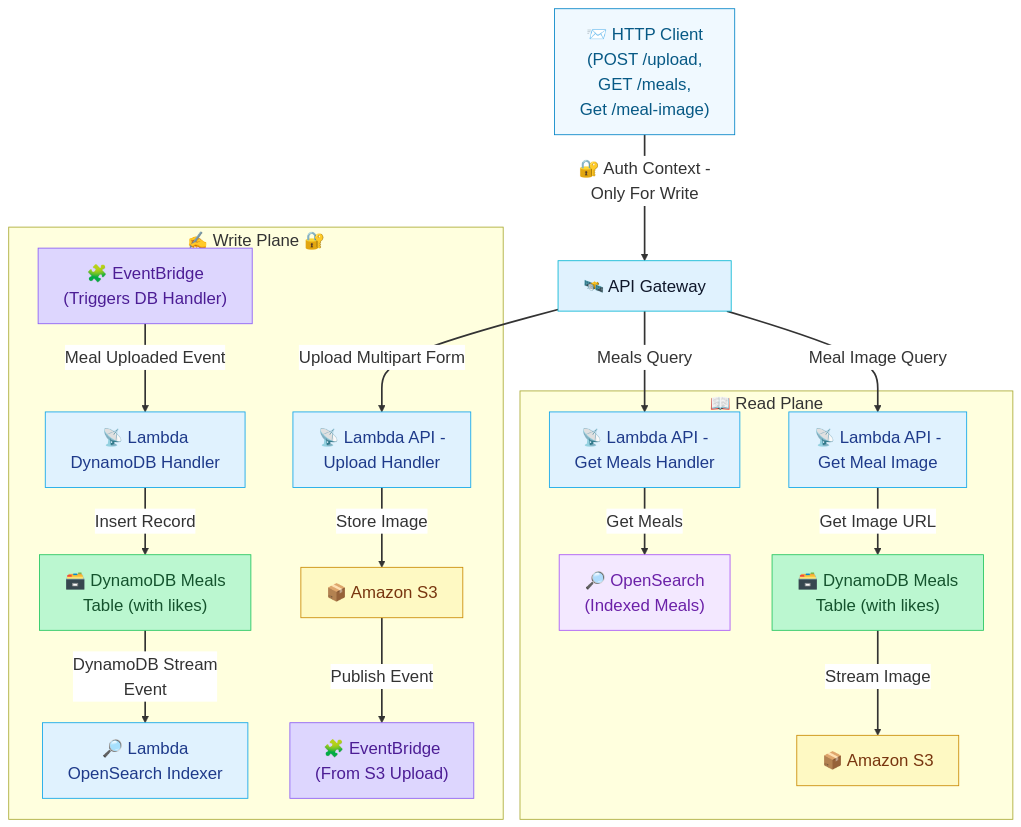
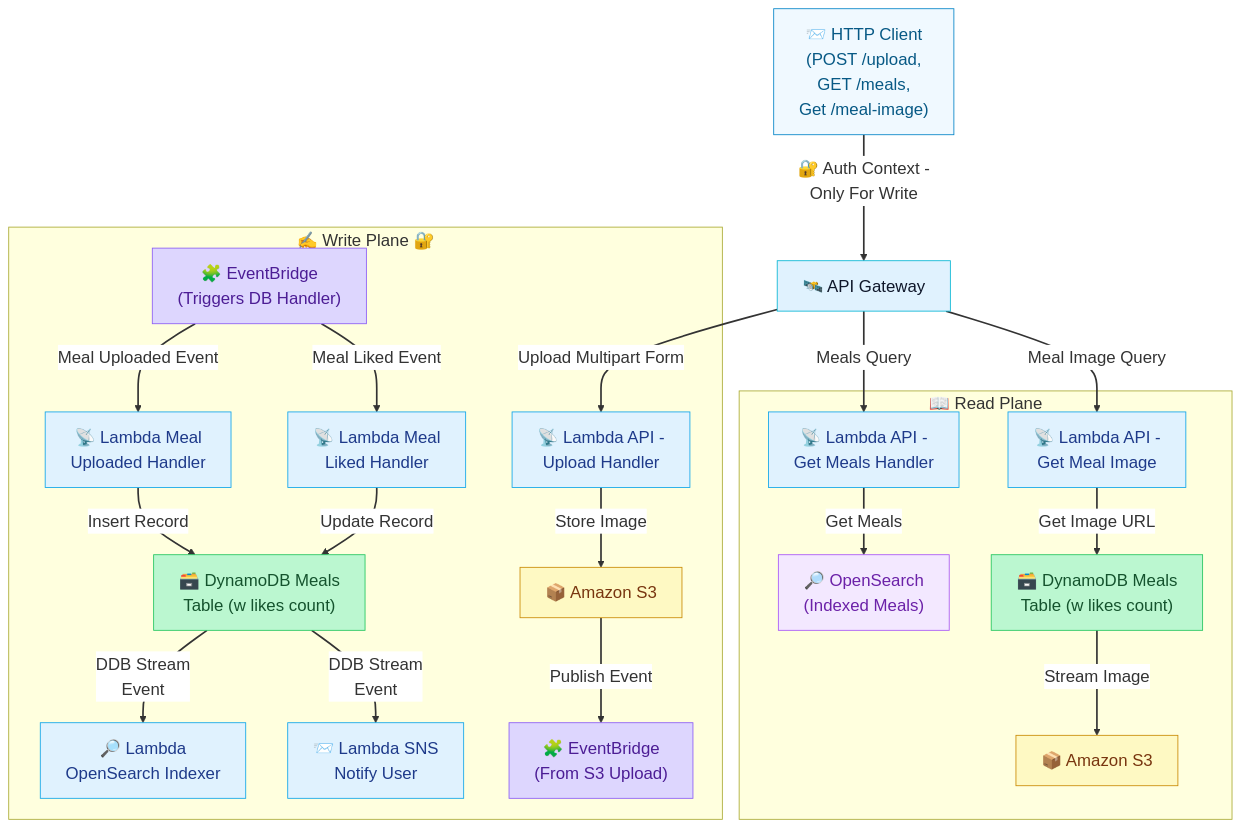
One commit to Venkat-Gorla/smartmeal-serverless changed the diagram in services/docs/write_plane.mmd. Above: the diagram before and after it, drawn with Mermaid.

Commit message:
[mermaid] meal liked event handling flow included in write plane

```diff
--- a/services/docs/write_plane.mmd
+++ b/services/docs/write_plane.mmd
@@ -1,53 +1,59 @@
 %%{init: {"theme": "default", "themeVariables": { "fontSize": "20px", "primaryColor": "#E0F2FE", "edgeLabelBackground":"#ffffff"}}}%%
 flowchart TD
 
   A["📨 HTTP Client<br/>(POST /upload,<br/>GET /meals,<br/>Get /meal-image)"]:::client
   Y["🛰️ API Gateway"]:::apigw
 
   %% Write Plane
   subgraph WRITE["✍️ Write Plane 🔐"]
     B["📡 Lambda API -<br/>Upload Handler"]:::lambda
     C["📦 Amazon S3"]:::s3
     D["🧩 EventBridge<br/>(From S3 Upload)"]:::event
     E["🧩 EventBridge<br/>(Triggers DB Handler)"]:::event
-    F["📡 Lambda<br/>DynamoDB Handler"]:::lambda
-    G["🗃️ DynamoDB Meals<br/>Table (with likes)"]:::ddb
+    F["📡 Lambda Meal<br/>Uploaded Handler"]:::lambda
+    G["🗃️ DynamoDB Meals<br/>Table (w likes count)"]:::ddb
     H["🔎 Lambda<br/>OpenSearch Indexer"]:::lambda
+
+    I["📡 Lambda Meal<br/>Liked Handler"]:::lambda
+    J["📨 Lambda SNS<br/>Notify User"]:::lambda
   end
 
   %% Read Plane
   subgraph READ["📖 Read Plane"]
     R1["📡 Lambda API -<br/>Get Meals Handler"]:::lambda
     R2["🔎 OpenSearch<br/>(Indexed Meals)"]:::search
 
     R3["📡 Lambda API -<br/>Get Meal Image"]:::lambda
-    R4["🗃️ DynamoDB Meals<br/>Table (with likes)"]:::ddb
+    R4["🗃️ DynamoDB Meals<br/>Table (w likes count)"]:::ddb
     R5["📦 Amazon S3"]:::s3
   end
 
   %% Client routes
   A -->|🔐 Auth Context -<br/>Only For Write| Y
   Y -->|Upload Multipart Form| B
   Y -->|Meals Query| R1
   Y -->|Meal Image Query| R3
   R1 -->|Get Meals| R2
   R3 -->|Get Image URL| R4
   R4 -->|Stream Image| R5
 
   %% Write flow
   B -->|Store Image| C
   C -->|Publish Event| D
   E -->|Meal Uploaded Event| F
+  E -->|Meal Liked Event| I
   F -->|Insert Record| G
-  G -->|DynamoDB Stream<br/>Event| H
+  G -->|DDB Stream<br/>Event| H
+  G -->|DDB Stream<br/>Event| J
+  I -->|Update Record| G
 
   %% Class styles
   classDef client fill:#F0F9FF,stroke:#0284C7,color:#075985;
   classDef apigw fill:#E0F2FE,stroke:#06B6D4,color:#0F172A;
   classDef lambda fill:#E0F2FE,stroke:#0EA5E9,color:#1E3A8A;
   classDef s3 fill:#FEF9C3,stroke:#CA8A04,color:#78350F;
   classDef event fill:#DDD6FE,stroke:#8B5CF6,color:#4C1D95;
   classDef ddb fill:#BBF7D0,stroke:#22C55E,color:#14532D;
   classDef search fill:#F3E8FF,stroke:#A855F7,color:#6B21A8;
 
   linkStyle default stroke-width:2px,fill:none;
```
